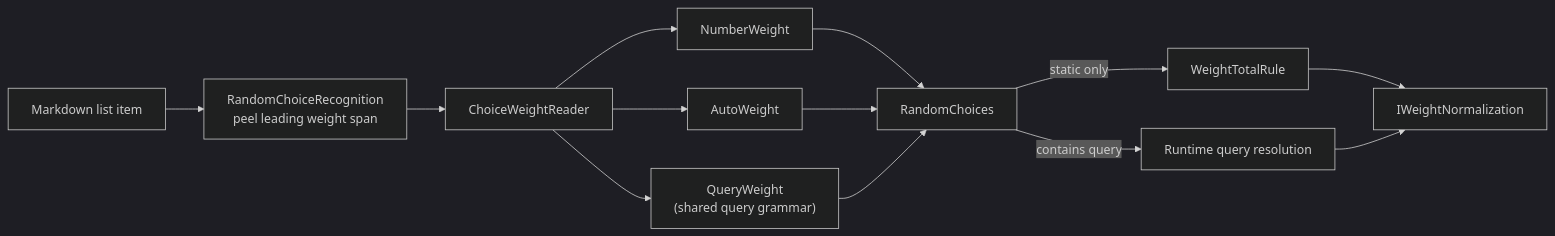
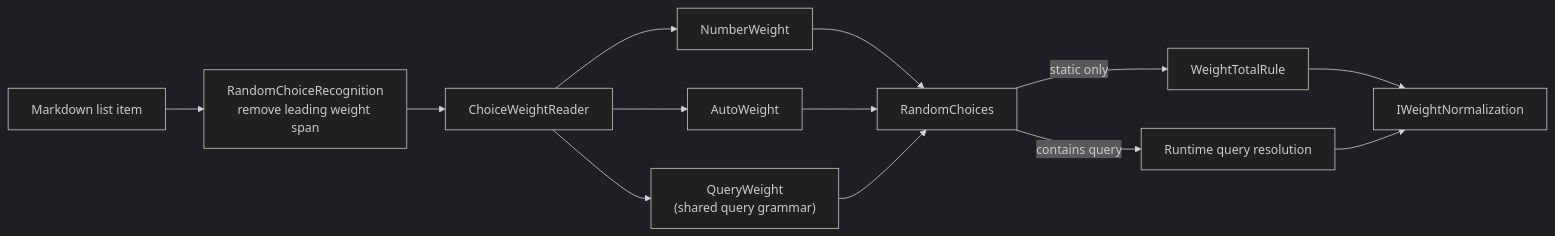
One commit to pengzhengyi/dialoguedown changed the diagram in docs/contributing/design-notes/language/Random Choice.md. Above: the diagram before and after it, drawn with Mermaid (dark theme). The commit also changed other lines of this file and 13 other files, not shown here.

````diff
--- a/docs/contributing/design-notes/language/Random Choice.md
+++ b/docs/contributing/design-notes/language/Random Choice.md
@@ -205,15 +205,15 @@
 ```mermaid
 flowchart LR
-    LI["Markdown list item"] --> Recognize["RandomChoiceRecognition<br/>peel leading weight span"]
+    LI["Markdown list item"] --> Recognize["RandomChoiceRecognition<br/>remove leading weight span"]
     Recognize --> Read["ChoiceWeightReader"]
     Read --> NW["NumberWeight"]
     Read --> AW["AutoWeight"]
     Read --> QW["QueryWeight<br/>(shared query grammar)"]
     NW --> RC["RandomChoices"]
     AW --> RC
     QW --> RC
     RC -->|static only| Rule["WeightTotalRule"]
     RC -->|contains query| Runtime["Runtime query resolution"]
     Rule --> Norm["IWeightNormalization"]
     Runtime --> Norm
 ```
````
